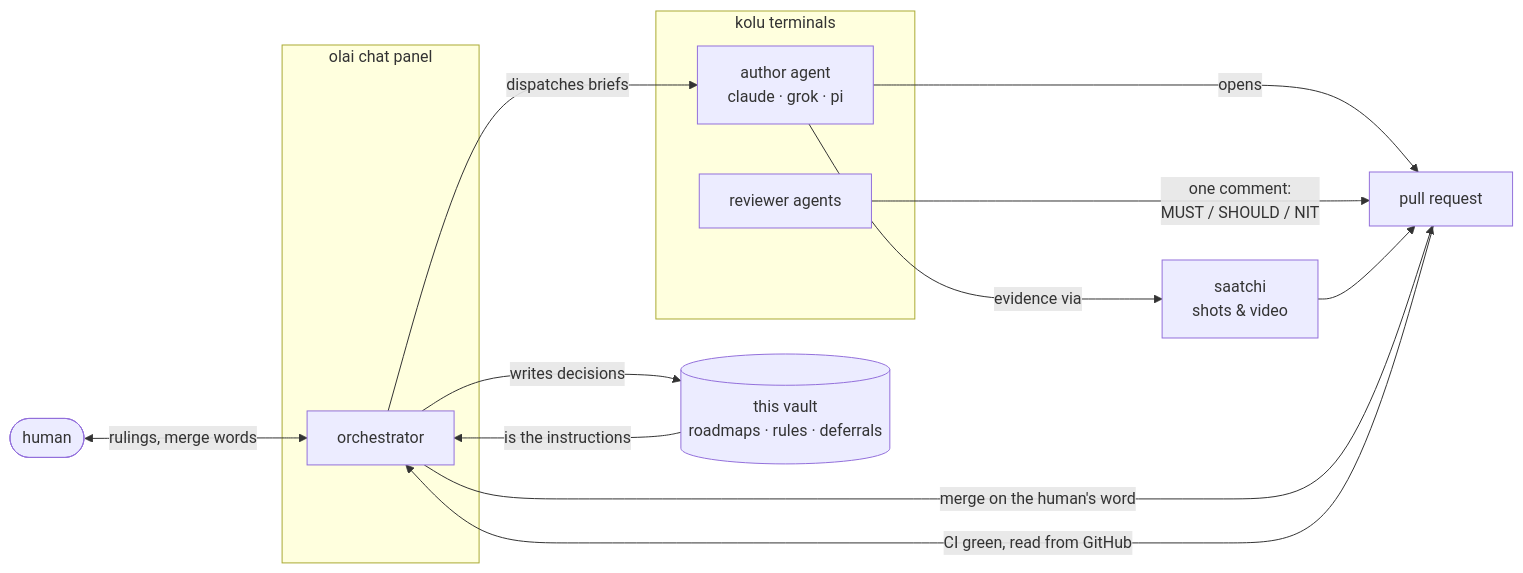
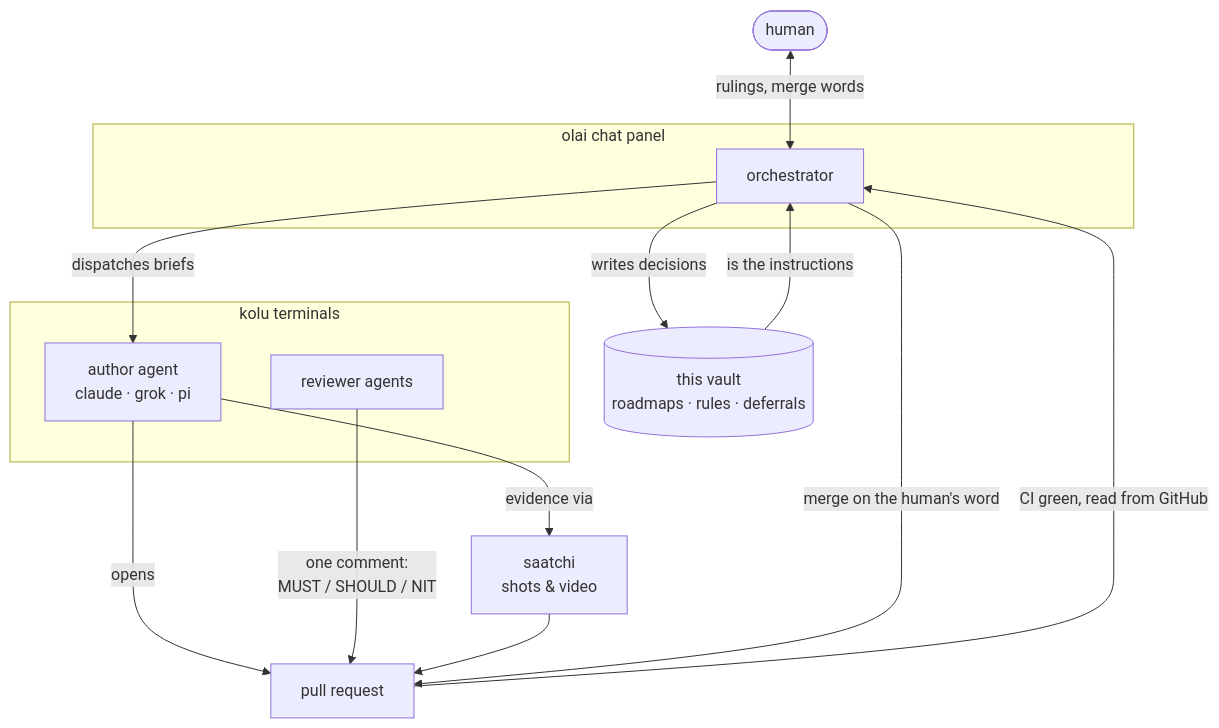
The diagram in README.md (juspay/oss.olai), drawn with Mermaid before and after one commit.

Commit message:
olai: README diagram goes vertical (flowchart TD) on the human's word
X-Olai-Writer: chat-agent

````diff
--- a/README.md
+++ b/README.md
@@ -11,24 +11,24 @@
 ```mermaid
-flowchart LR
+flowchart TD
     H([human]) <-->|rulings, merge words| O
 
     subgraph olai chat panel
         O[orchestrator]
     end
 
     O -->|writes decisions| B[(this vault<br/>roadmaps · rules · deferrals)]
     B -->|is the instructions| O
 
     O -->|dispatches briefs| A
     subgraph kolu terminals
         A[author agent<br/>claude · grok · pi]
         R[reviewer agents]
     end
 
     A -->|opens| PR[pull request]
     R -->|one comment:<br/>MUST / SHOULD / NIT| PR
     A -->|evidence via| S[saatchi<br/>shots & video]
     S --> PR
     PR -->|CI green, read from GitHub| O
     O -->|merge on the human's word| PR
 ```
````
